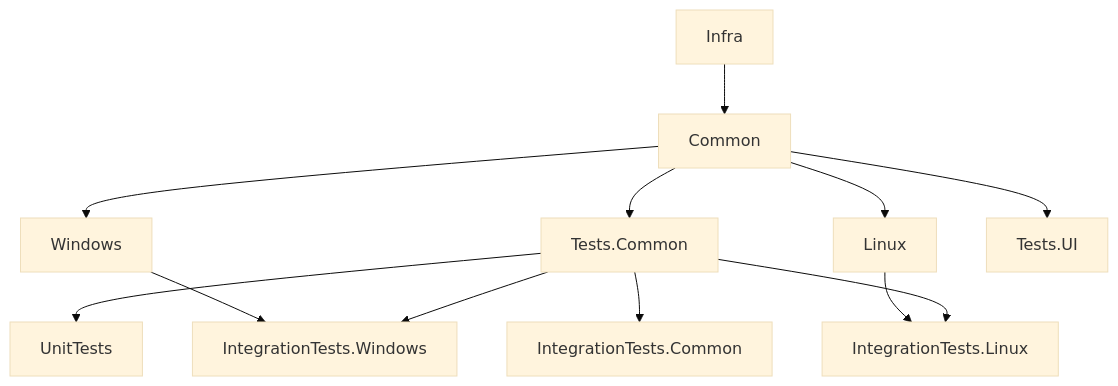
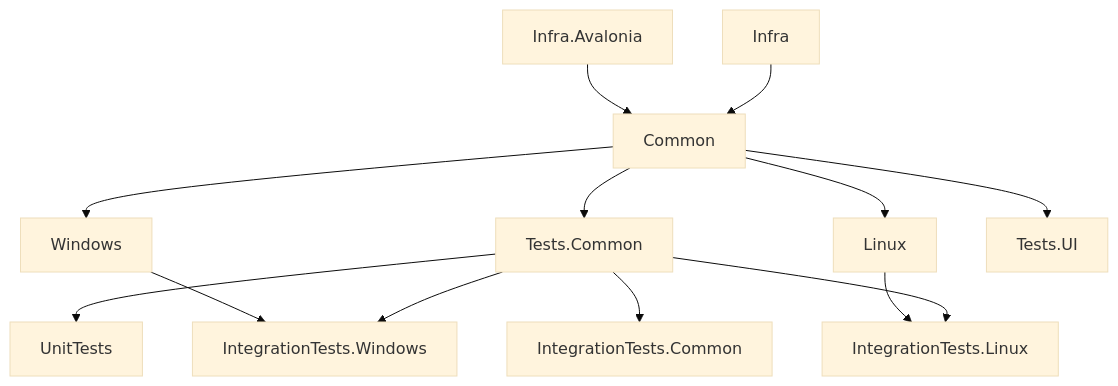
Before and after one commit to DSPaul/COMPASS: the diagram in Docs/Projects.md, drawn with Mermaid (base theme). The commit also changed other lines of this file and 66 other files, not shown here.

````diff
--- a/Docs/Projects.md
+++ b/Docs/Projects.md
@@ -3,14 +3,15 @@
 ```mermaid
 graph TD;
     Infra-->Common;
+    Infra.Avalonia-->Common;
     Common-->Windows; 
     Common-->Linux;
     Common-->Tests.Common;
     Common-->Tests.UI;
     Tests.Common-->UnitTests;
     Tests.Common-->IntegrationTests.Common;
     Tests.Common-->IntegrationTests.Windows;
     Tests.Common-->IntegrationTests.Linux;
     Windows-->IntegrationTests.Windows;
     Linux-->IntegrationTests.Linux;
 ```
````
